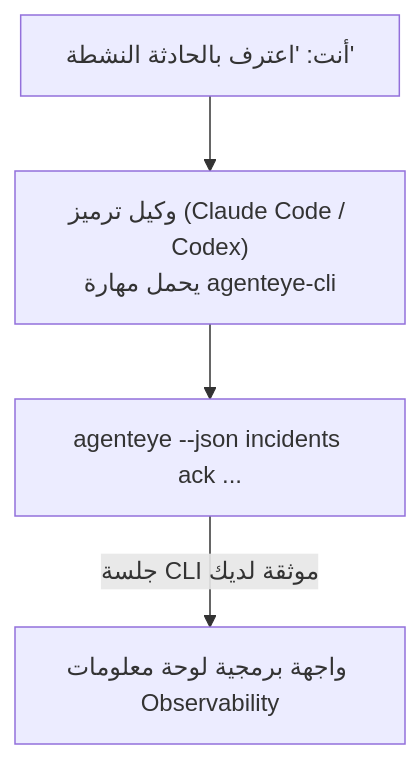
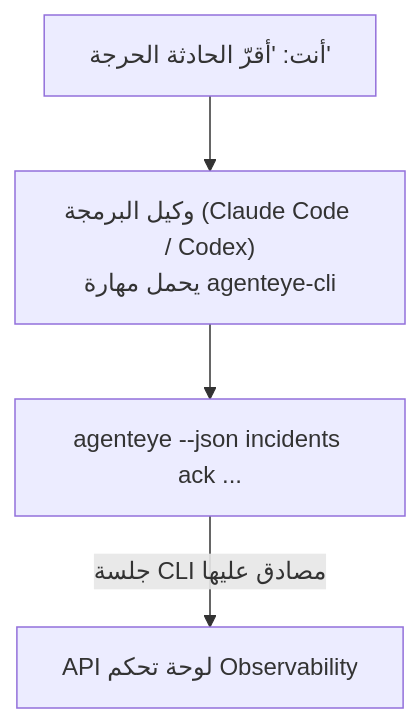
The diagram in docs/ar/agenteye/cli-skill.mdx (FailproofAI/failproofai), drawn with Mermaid before and after one commit. The commit also changed other lines of this file and 677 other files, not shown here.

````diff
--- a/docs/ar/agenteye/cli-skill.mdx
+++ b/docs/ar/agenteye/cli-skill.mdx
@@ -29,6 +29,6 @@
 ```mermaid
 flowchart TD
-    YOU["أنت: 'اعترف بالحادثة النشطة'"] --> AGENT["وكيل ترميز (Claude Code / Codex)<br/>يحمل مهارة agenteye-cli"]
+    YOU["أنت: 'أقرّ الحادثة الحرجة'"] --> AGENT["وكيل البرمجة (Claude Code / Codex)<br/>يحمل مهارة agenteye-cli"]
     AGENT --> CLI["agenteye --json incidents ack ..."]
-    CLI -->|جلسة CLI موثقة لديك| API["واجهة برمجية لوحة معلومات Observability"]
+    CLI -->|جلسة CLI مصادق عليها| API["API لوحة تحكم Observability"]
 ```
````
